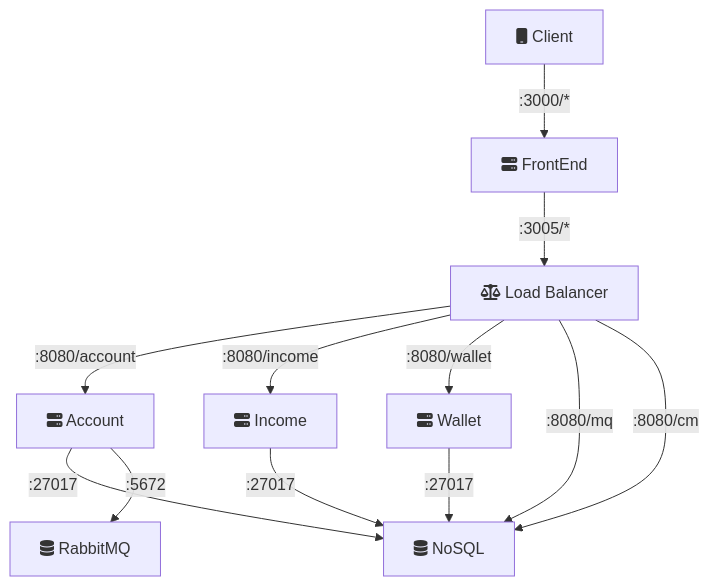
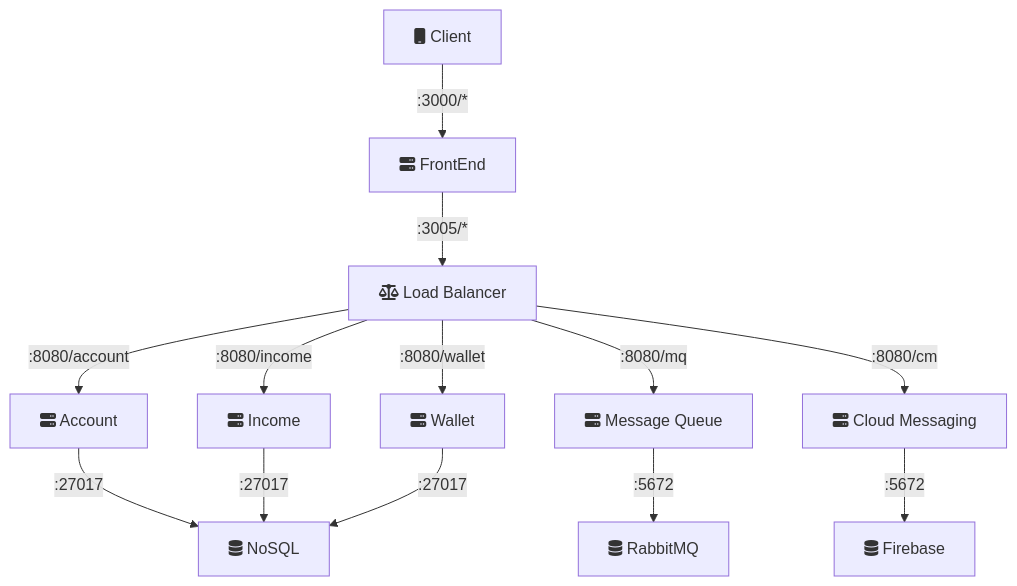
Before and after one commit to humbertodias/bank-elastic-stack: the diagram in README.md, drawn with Mermaid.

````diff
--- a/README.md
+++ b/README.md
@@ -27,14 +27,15 @@
 ```mermaid
 graph TD
     A[fa:fa-mobile Client] -->|:3000/*| B[fa:fa-server FrontEnd]
     B -->|:3005/*| C[fa:fa-balance-scale Load Balancer]
     C -->|:8080/account| D[fa:fa-server Account]
     C -->|:8080/income| E[fa:fa-server Income]
     C -->|:8080/wallet| F[fa:fa-server Wallet]
-    C -->|:8080/mq| G[fa:fa-server Message Queue]
-    C -->|:8080/cm| G[fa:fa-server Cloud Messaging]
+    C -->|:8080/mq| I[fa:fa-server Message Queue]
+    C -->|:8080/cm| J[fa:fa-server Cloud Messaging]
     D -->|:27017| G[fa:fa-database NoSQL]
     E -->|:27017| G
     F -->|:27017| G
-    D -->|:5672 | H[fa:fa-database RabbitMQ]
+    I -->|:5672 | H[fa:fa-database RabbitMQ]
+    J -->|:5672 | K[fa:fa-database Firebase]
 ```
````
